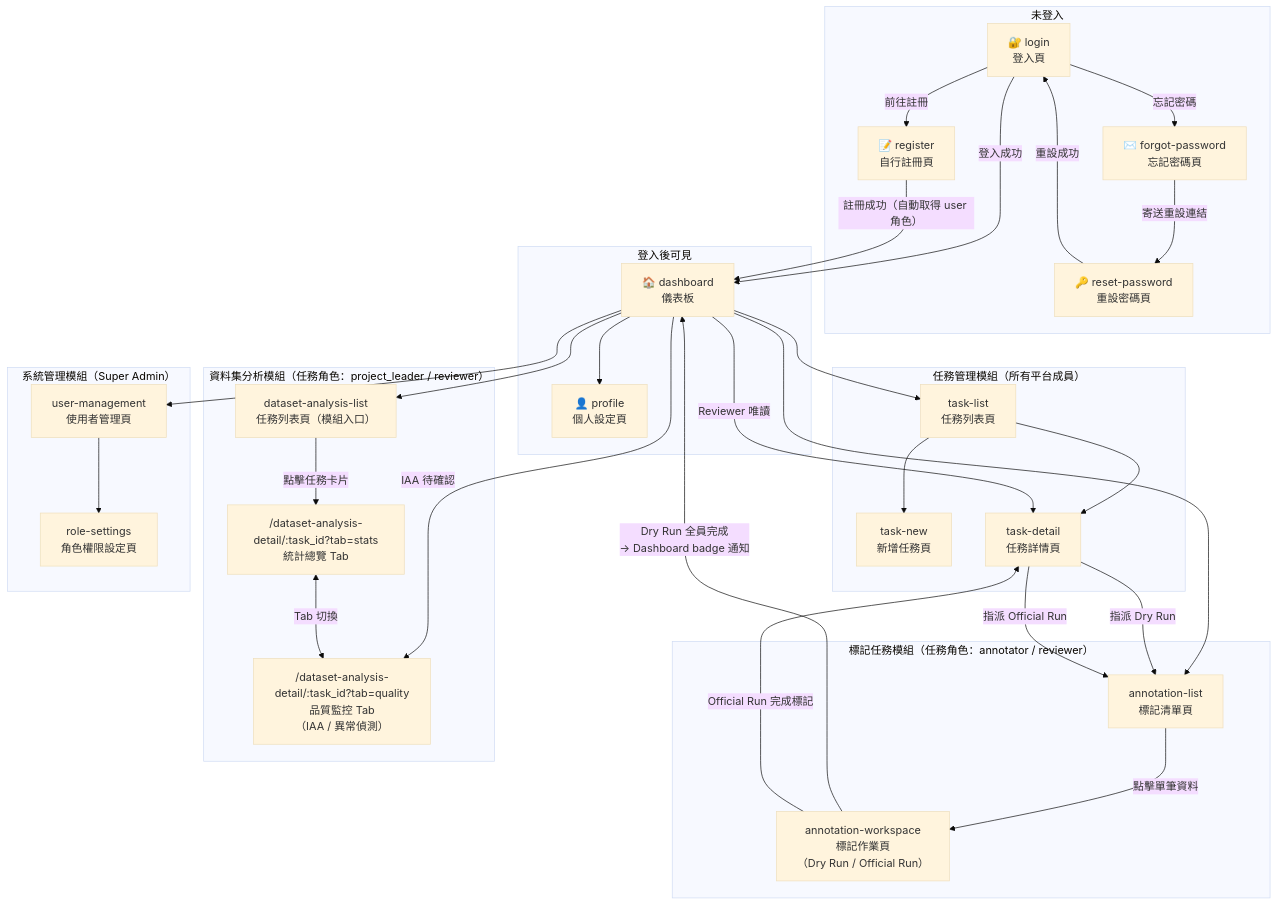
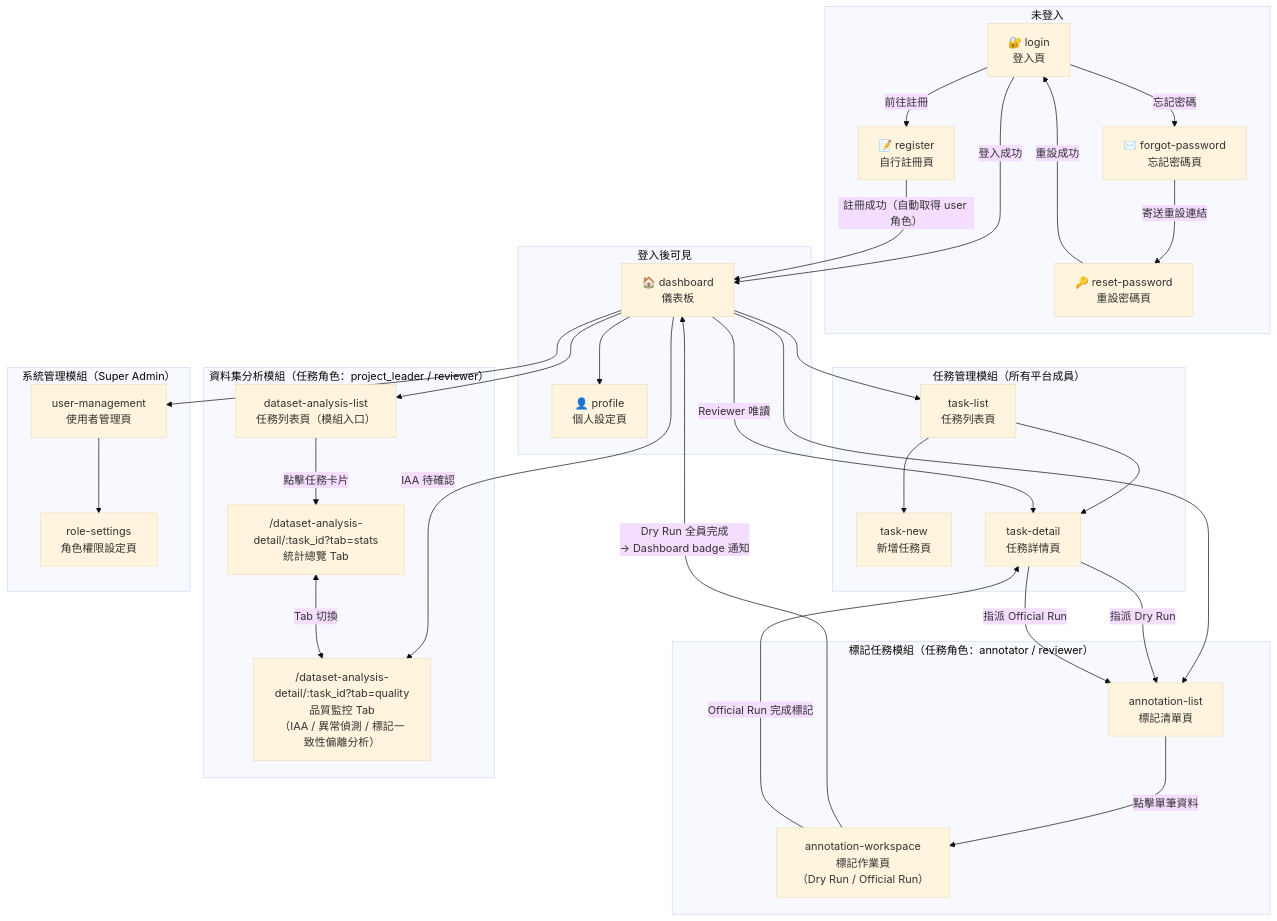
One commit to singyichen/label-suite changed the first of 5 diagrams in docs/product/ia/information-architecture.md. Above: the diagram before and after it, drawn with Mermaid (base theme). The commit also changed other lines of this file and 7 other files, not shown here.

Commit message:
feat(dataset): add consistency deviation analysis block

````diff
--- a/docs/product/ia/information-architecture.md
+++ b/docs/product/ia/information-architecture.md
@@ -140,63 +140,63 @@
 ```mermaid
 flowchart TD
   subgraph 未登入
     LOGIN["🔐 login\n登入頁"]
     REGISTER["📝 register\n自行註冊頁"]
     FORGOT["✉️ forgot-password\n忘記密碼頁"]
     RESET["🔑 reset-password\n重設密碼頁"]
   end
 
   subgraph 登入後可見
     DASH["🏠 dashboard\n儀表板"]
     PROFILE["👤 profile\n個人設定頁"]
   end
 
   subgraph 任務管理模組["任務管理模組（所有平台成員）"]
     TLIST["task-list\n任務列表頁"]
     TNEW["task-new\n新增任務頁"]
     TDETAIL["task-detail\n任務詳情頁"]
   end
 
   subgraph 標記任務模組["標記任務模組（任務角色：annotator / reviewer）"]
     ALIST["annotation-list\n標記清單頁"]
     ANNOT["annotation-workspace\n標記作業頁\n（Dry Run / Official Run）"]
   end
 
   subgraph 資料集分析模組["資料集分析模組（任務角色：project_leader / reviewer）"]
     DA_LIST["dataset-analysis-list\n任務列表頁（模組入口）"]
     STATS["/dataset-analysis-detail/:task_id?tab=stats\n統計總覽 Tab"]
-    QUALITY["/dataset-analysis-detail/:task_id?tab=quality\n品質監控 Tab\n（IAA / 異常偵測）"]
+    QUALITY["/dataset-analysis-detail/:task_id?tab=quality\n品質監控 Tab\n（IAA / 異常偵測 / 標記一致性偏離分析）"]
   end
 
   subgraph 系統管理模組["系統管理模組（Super Admin）"]
     USERS["user-management\n使用者管理頁"]
     ROLES["role-settings\n角色權限設定頁"]
   end
 
   LOGIN -->|"登入成功"| DASH
   LOGIN -->|"前往註冊"| REGISTER
   LOGIN -->|"忘記密碼"| FORGOT
   FORGOT -->|"寄送重設連結"| RESET
   RESET -->|"重設成功"| LOGIN
   REGISTER -->|"註冊成功（自動取得 user 角色）"| DASH
   DASH --> PROFILE
   DASH --> TLIST
   DASH --> ALIST
   DASH --> DA_LIST
   DA_LIST -->|點擊任務卡片| STATS
   DASH -->|IAA 待確認| QUALITY
   DASH --> USERS
 
   TLIST --> TNEW
   TLIST --> TDETAIL
   DASH -->|Reviewer 唯讀| TDETAIL
   TDETAIL -->|指派 Dry Run| ALIST
   TDETAIL -->|指派 Official Run| ALIST
   ALIST -->|點擊單筆資料| ANNOT
   ANNOT -->|Dry Run 全員完成\n→ Dashboard badge 通知| DASH
   ANNOT -->|Official Run 完成標記| TDETAIL
 
   USERS --> ROLES
 
   STATS <-->|Tab 切換| QUALITY
 ```
````
